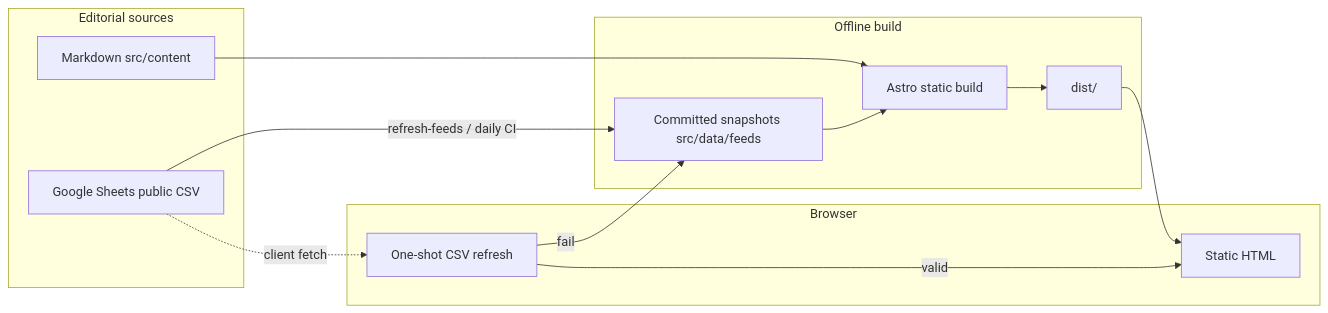
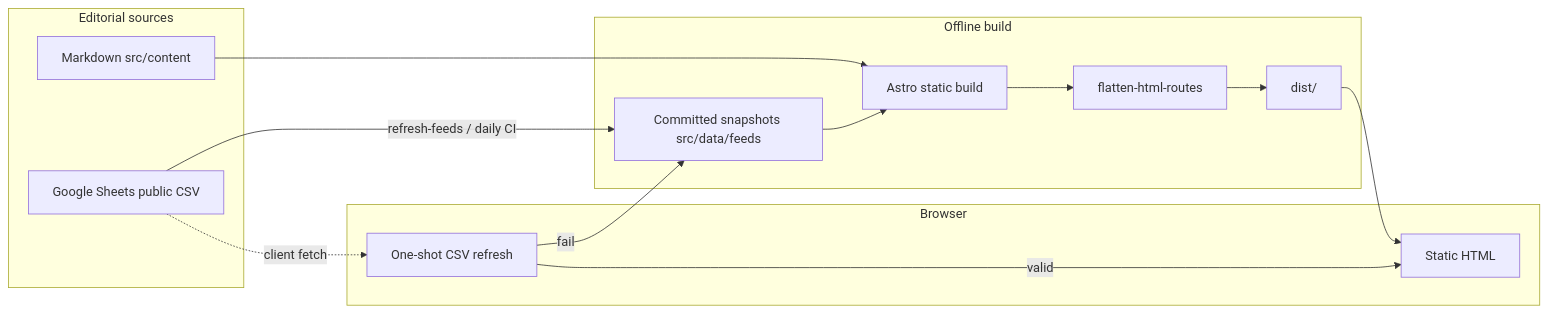
Before and after one commit to linalopes/SchoolAI-landing-page: the diagram in docs/technical/architecture.md, drawn with Mermaid. The commit also changed other lines of this file and 12 other files, not shown here.

````diff
--- a/docs/technical/architecture.md
+++ b/docs/technical/architecture.md
@@ -27,24 +28,25 @@
 ```mermaid
 flowchart LR
   subgraph editorial [Editorial sources]
     MD[Markdown src/content]
     GS[Google Sheets public CSV]
   end
   subgraph build [Offline build]
     Snap[Committed snapshots src/data/feeds]
     Astro[Astro static build]
+    Flatten[flatten-html-routes]
     Dist[dist/]
   end
   subgraph runtime [Browser]
     Page[Static HTML]
     Refresh[One-shot CSV refresh]
   end
   MD --> Astro
   GS -->|refresh-feeds / daily CI| Snap
   Snap --> Astro
-  Astro --> Dist
+  Astro --> Flatten --> Dist
   Dist --> Page
   GS -.->|client fetch| Refresh
   Refresh -->|valid| Page
   Refresh -->|fail| Snap
 ```
````
